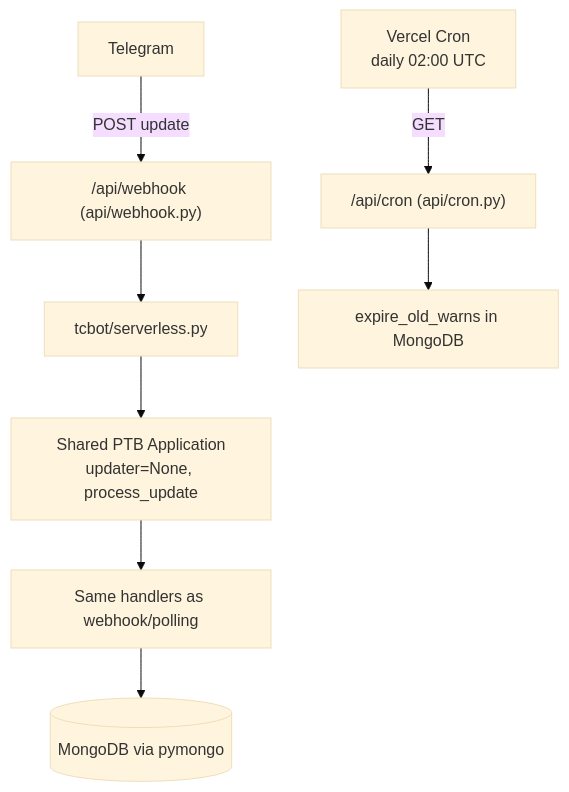
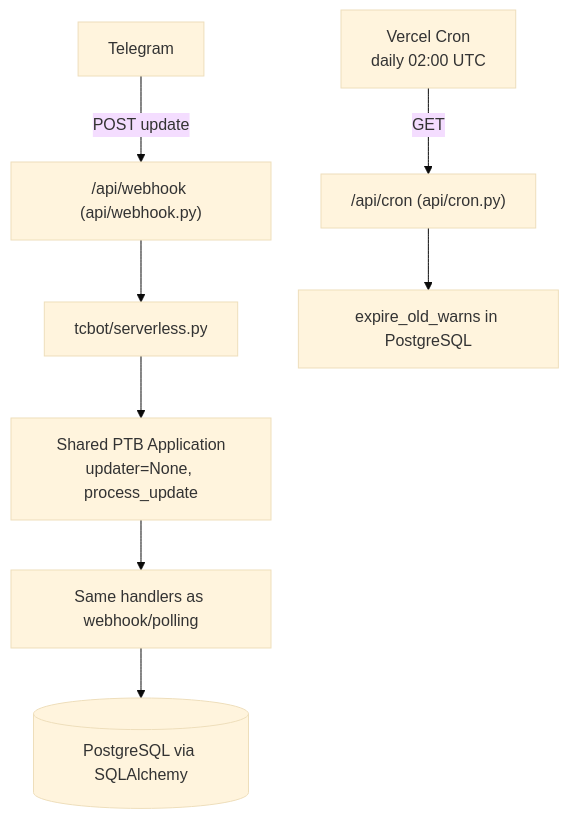
Before and after one commit to D1ZZY4/tcbot: the diagram in docs/operations/vercel.md, drawn with Mermaid (base theme). The commit also changed other lines of this file and 132 other files, not shown here.

````diff
--- a/docs/operations/vercel.md
+++ b/docs/operations/vercel.md
@@ -24,10 +24,10 @@
 ```mermaid
 flowchart TD
     TG[Telegram] -->|POST update| WH["/api/webhook (api/webhook.py)"]
     WH --> SL[tcbot/serverless.py]
     SL --> PTB[Shared PTB Application<br/>updater=None, process_update]
     PTB --> Handlers[Same handlers as webhook/polling]
-    Handlers --> Mongo[(MongoDB via pymongo)]
+    Handlers --> DB[(PostgreSQL via SQLAlchemy)]
     Cron[Vercel Cron<br/>daily 02:00 UTC] -->|GET| CR["/api/cron (api/cron.py)"]
-    CR --> EXP[expire_old_warns in MongoDB]
+    CR --> EXP[expire_old_warns in PostgreSQL]
 ```
````
